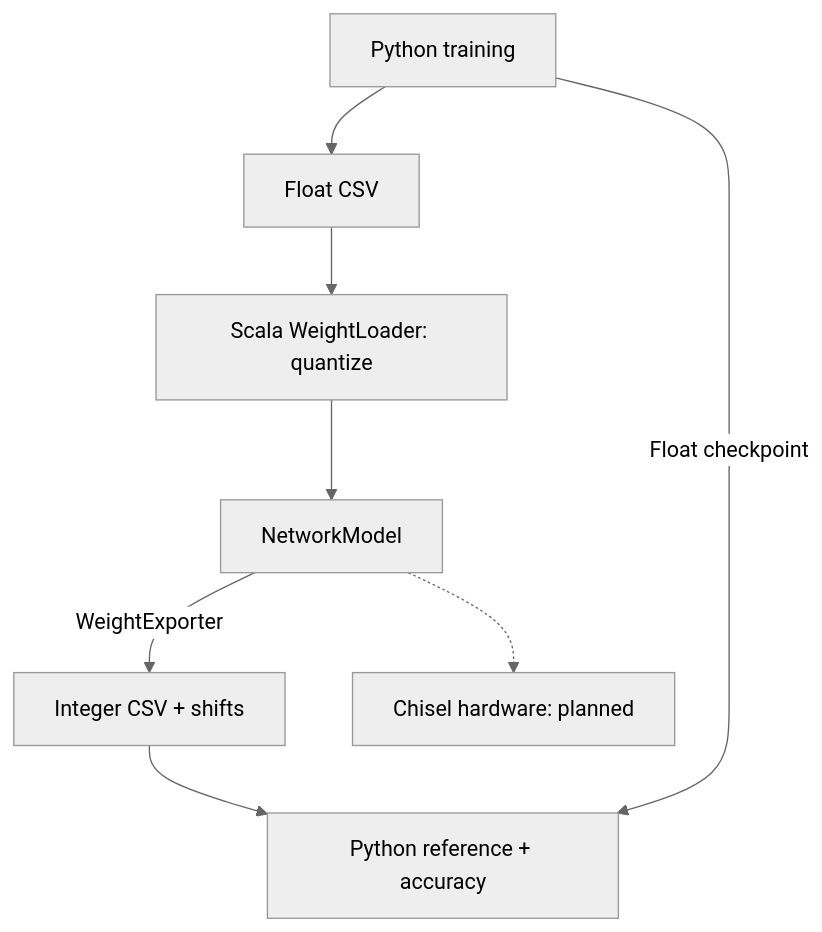
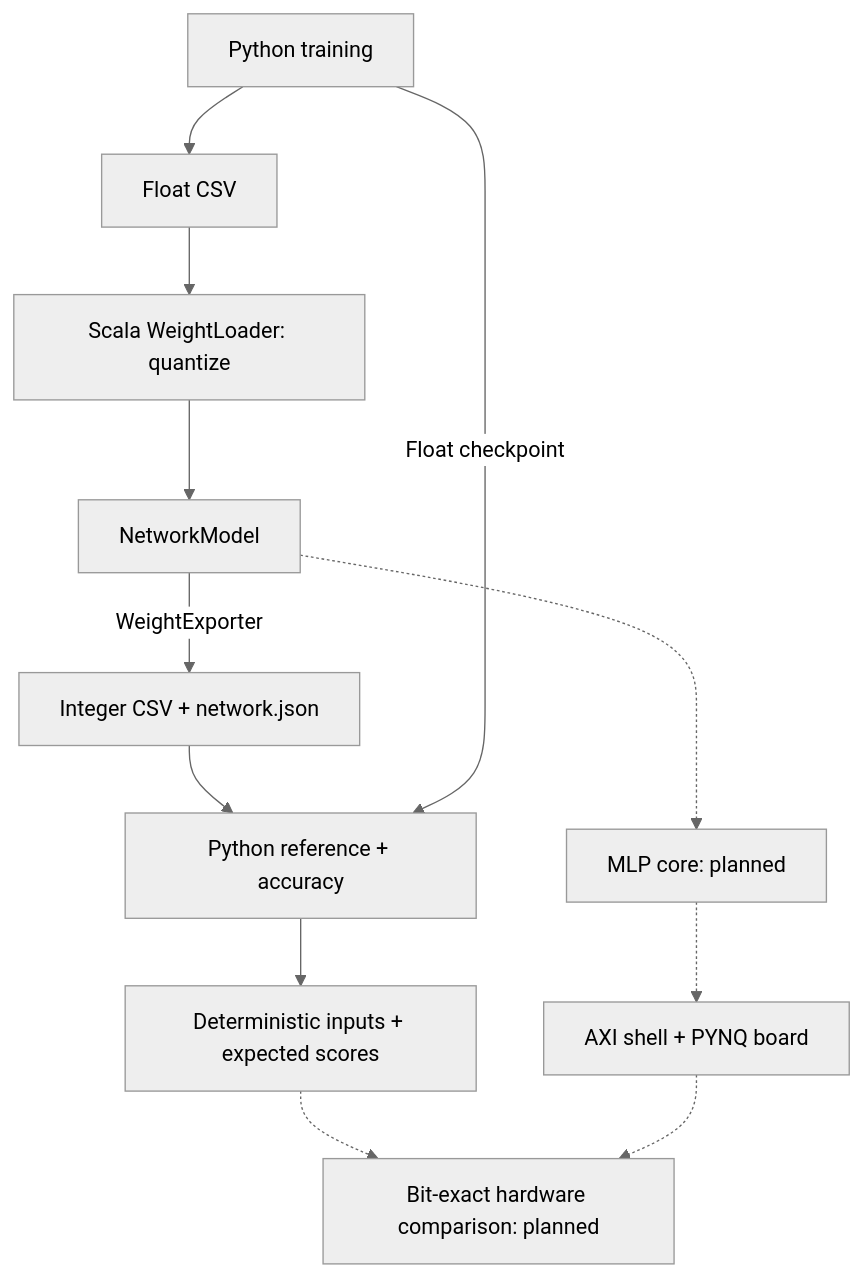
Before and after one commit to Jfvind/chisel-cnn-generator: the diagram in README.md, drawn with Mermaid (neutral theme). The commit also changed other lines of this file and 19 other files, not shown here.

````diff
--- a/README.md
+++ b/README.md
@@ -6,10 +6,14 @@
 ```mermaid
 flowchart TD
     A[Python training] --> B[Float CSV]
     B --> C[Scala WeightLoader: quantize]
     C --> D[NetworkModel]
-    D -->|WeightExporter| E[Integer CSV + shifts]
+    D -->|WeightExporter| E[Integer CSV + network.json]
     E --> F[Python reference + accuracy]
     A -->|Float checkpoint| F
-    D -.-> G[Chisel hardware: planned]
+    F --> V[Deterministic inputs + expected scores]
+    D -.-> G[MLP core: planned]
+    G -.-> H[AXI shell + PYNQ board]
+    V -.-> T[Bit-exact hardware comparison: planned]
+    H -.-> T
 ```
````
